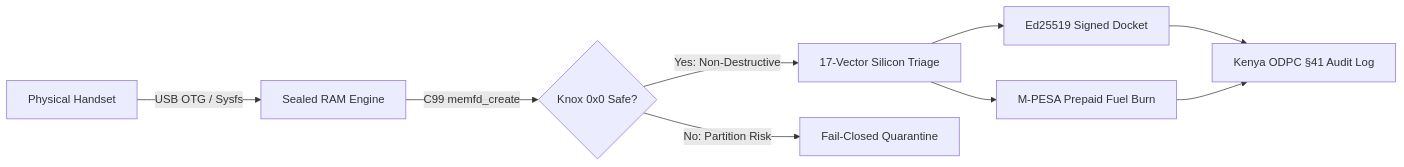
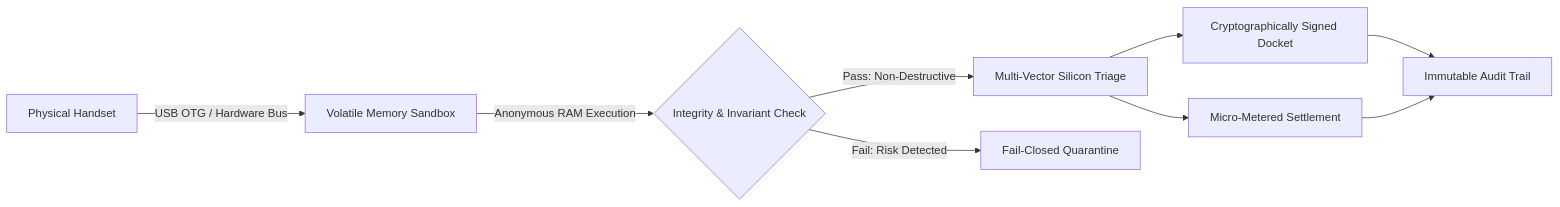
Before and after one commit to DANIELKILONZI/DANIELKILONZI: the diagram in README.md, drawn with Mermaid. The commit also changed other lines of this file, not shown here.

````diff
--- a/README.md
+++ b/README.md
@@ -207,11 +206,11 @@
 ```mermaid
 flowchart LR
-    A[Physical Handset] -->|USB OTG / Sysfs| B[Sealed RAM Engine]
-    B -->|C99 memfd_create| C{Knox 0x0 Safe?}
-    C -->|Yes: Non-Destructive| D[17-Vector Silicon Triage]
-    C -->|No: Partition Risk| E[Fail-Closed Quarantine]
-    D --> F[Ed25519 Signed Docket]
-    D --> G[M-PESA Prepaid Fuel Burn]
-    F --> H[Kenya ODPC §41 Audit Log]
+    A[Physical Handset] -->|USB OTG / Hardware Bus| B[Volatile Memory Sandbox]
+    B -->|Anonymous RAM Execution| C{Integrity & Invariant Check}
+    C -->|Pass: Non-Destructive| D[Multi-Vector Silicon Triage]
+    C -->|Fail: Risk Detected| E[Fail-Closed Quarantine]
+    D --> F[Cryptographically Signed Docket]
+    D --> G[Micro-Metered Settlement]
+    F --> H[Immutable Audit Trail]
     G --> H
 ```
````
